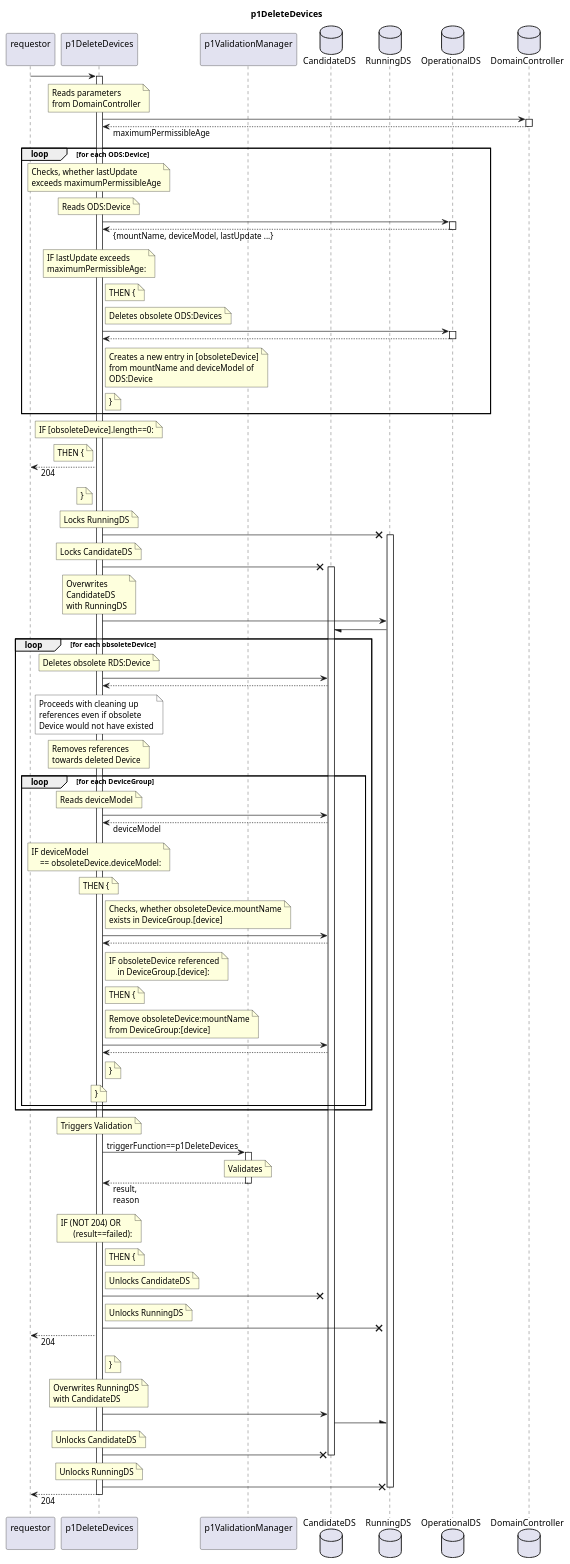
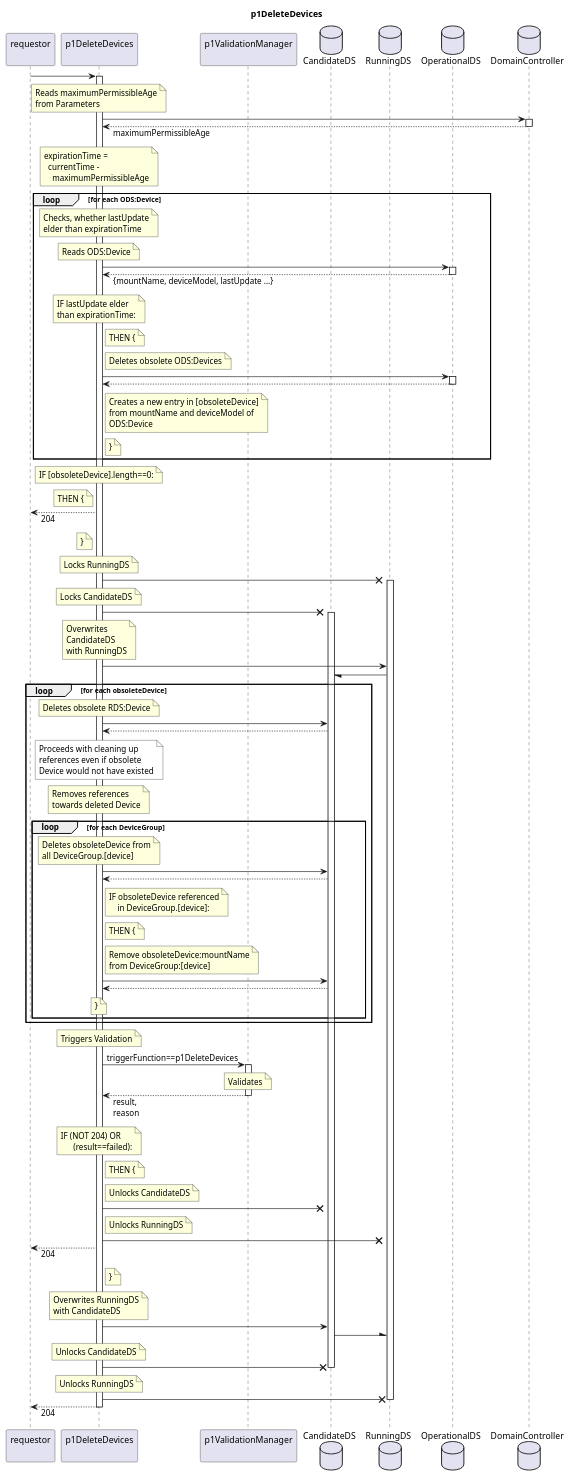
Before and after one commit to openBackhaul/FirmWareManager: the diagram in spec/Functions/Interpretation/p1DeleteDevices/1.0.0/p1DeleteDevices.plantuml, drawn with PlantUML. The commit also changed 28 other files, not shown here.

```diff
--- a/spec/Functions/Interpretation/p1DeleteDevices/1.0.0/p1DeleteDevices.plantuml
+++ b/spec/Functions/Interpretation/p1DeleteDevices/1.0.0/p1DeleteDevices.plantuml
@@ -1,200 +1,192 @@
 @startuml p1DeleteDevices
 skinparam responseMessageBelowArrow true
 
 title
   p1DeleteDevices
 end title
 
 participant "requestor\n" as requestor
 participant "p1DeleteDevices\n" as indServ
 participant "p1ValidationManager\n" as valiMan
 
 database "CandidateDS" as CanDS
 database "RunningDS" as RunDS
 database "OperationalDS" as OpDS
 database "DomainController" as DC
 
 requestor -> indServ
 activate indServ
 
   note over indServ
-    Reads parameters
-    from DomainController
+    Reads maximumPermissibleAge
+    from Parameters
   end note
     indServ -> DC
     activate DC
     indServ <-- DC: maximumPermissibleAge
     deactivate DC
 
+  note over indServ
+    expirationTime =
+      currentTime - 
+        maximumPermissibleAge
+  end note
+
   loop for each ODS:Device
     note over indServ
       Checks, whether lastUpdate
-      exceeds maximumPermissibleAge
+      elder than expirationTime
     end note
     note over indServ
       Reads ODS:Device
     end note
     indServ -> OpDS
     activate OpDS
     indServ <-- OpDS: {mountName, deviceModel, lastUpdate ...}
     deactivate OpDS
     note over indServ
-      IF lastUpdate exceeds
-      maximumPermissibleAge:
+      IF lastUpdate elder
+      than expirationTime:
     end note
     note right indServ
       THEN {
     end note
     note right indServ
       Deletes obsolete ODS:Devices
     end note
     indServ -> OpDS
     activate OpDS
     indServ <-- OpDS
     deactivate OpDS
     note right indServ
       Creates a new entry in [obsoleteDevice]
       from mountName and deviceModel of
       ODS:Device
     end note
     note right indServ
       }
     end note
   end loop
   note over indServ
     IF [obsoleteDevice].length==0:
   end note
   note left indServ
     THEN {
   end note
   requestor <-- indServ: 204
   note left indServ
     }
   end note  
 
   note over indServ
     Locks RunningDS
   end note
   indServ -X RunDS
   activate RunDS
   note over indServ
     Locks CandidateDS
   end note
   indServ -X CanDS
   activate CanDS
   note over indServ
     Overwrites
     CandidateDS
     with RunningDS
   end note
   indServ -> RunDS
   RunDS -/ CanDS
 
   loop for each obsoleteDevice
     note over indServ
       Deletes obsolete RDS:Device
     end note
     indServ -> CanDS
     indServ <-- CanDS
     note over indServ #White
       Proceeds with cleaning up
       references even if obsolete
       Device would not have existed
     end note
 
     note over indServ
       Removes references
       towards deleted Device
     end note
     loop for each DeviceGroup
+
       note over indServ
-        Reads deviceModel
-      end note
-      indServ -> CanDS
-      indServ <-- CanDS: deviceModel
-      note over indServ
-        IF deviceModel 
-            == obsoleteDevice.deviceModel:
-      end note
-      note over indServ
-        THEN {
-      end note
-      note right indServ
-        Checks, whether obsoleteDevice.mountName
-        exists in DeviceGroup.[device]
+        Deletes obsoleteDevice from
+        all DeviceGroup.[device]
       end note
       indServ -> CanDS
       indServ <-- CanDS
       note right indServ
         IF obsoleteDevice referenced
             in DeviceGroup.[device]:
       end note
       note right indServ
         THEN {
       end note
       note right indServ
         Remove obsoleteDevice:mountName
         from DeviceGroup:[device]
       end note
       indServ -> CanDS
       indServ <-- CanDS
-      note right indServ
-        }
-      end note
       note over indServ
         }
       end note
     end loop
   end loop
 
   note over indServ
     Triggers Validation
   end note
   indServ -> valiMan: triggerFunction==p1DeleteDevices
   activate valiMan
     note over valiMan
       Validates
     end note
   indServ <-- valiMan: result,\nreason
   deactivate valiMan
   note over indServ
     IF (NOT 204) OR 
           (result==failed):
   end note
   note right indServ
     THEN {
   end note
   note right indServ
     Unlocks CandidateDS
   end note
   indServ -X CanDS
   note right indServ
     Unlocks RunningDS
   end note
   indServ -X RunDS
   requestor <-- indServ: 204
   note right indServ
     }
   end note
 
   note over indServ
     Overwrites RunningDS
     with CandidateDS
   end note
   indServ -> CanDS
   CanDS -\ RunDS
   note over indServ
     Unlocks CandidateDS
   end note
   indServ -X CanDS
   deactivate CanDS
   note over indServ
     Unlocks RunningDS
   end note
   indServ -X RunDS
   deactivate RunDS
 
 requestor <-- indServ: 204
 deactivate indServ
 
 @enduml
```
